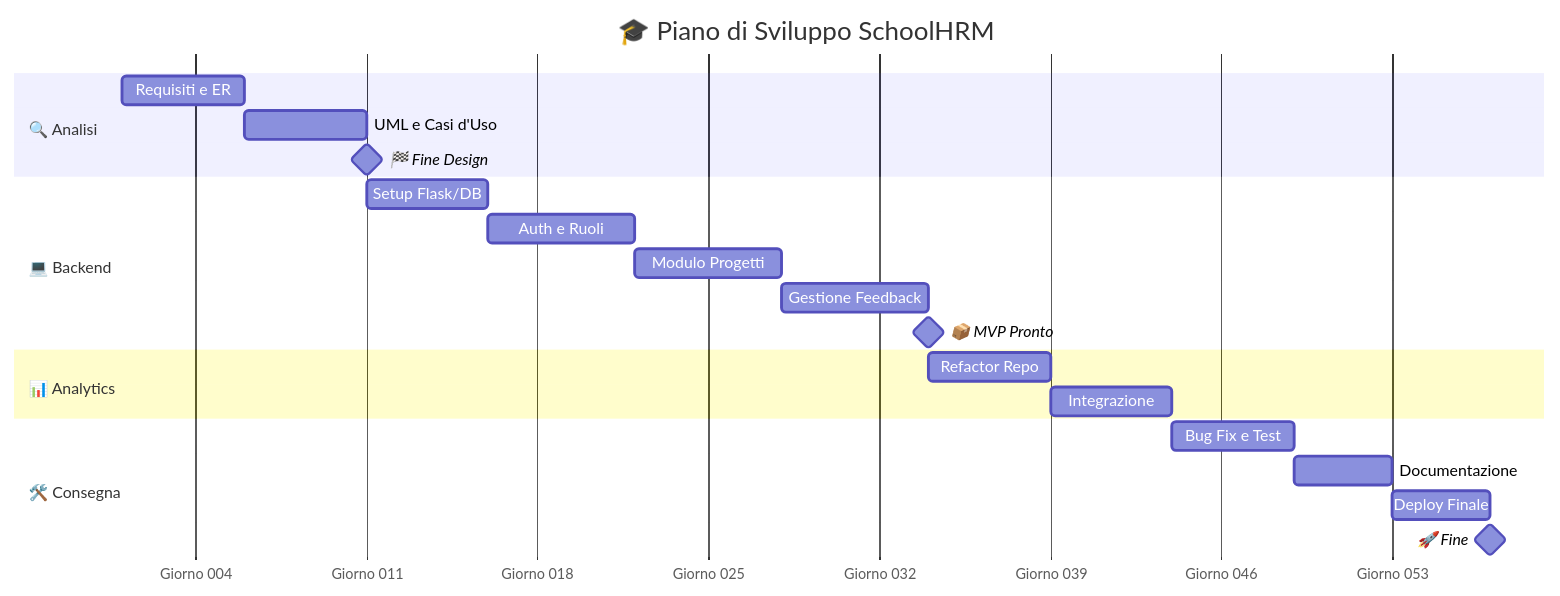
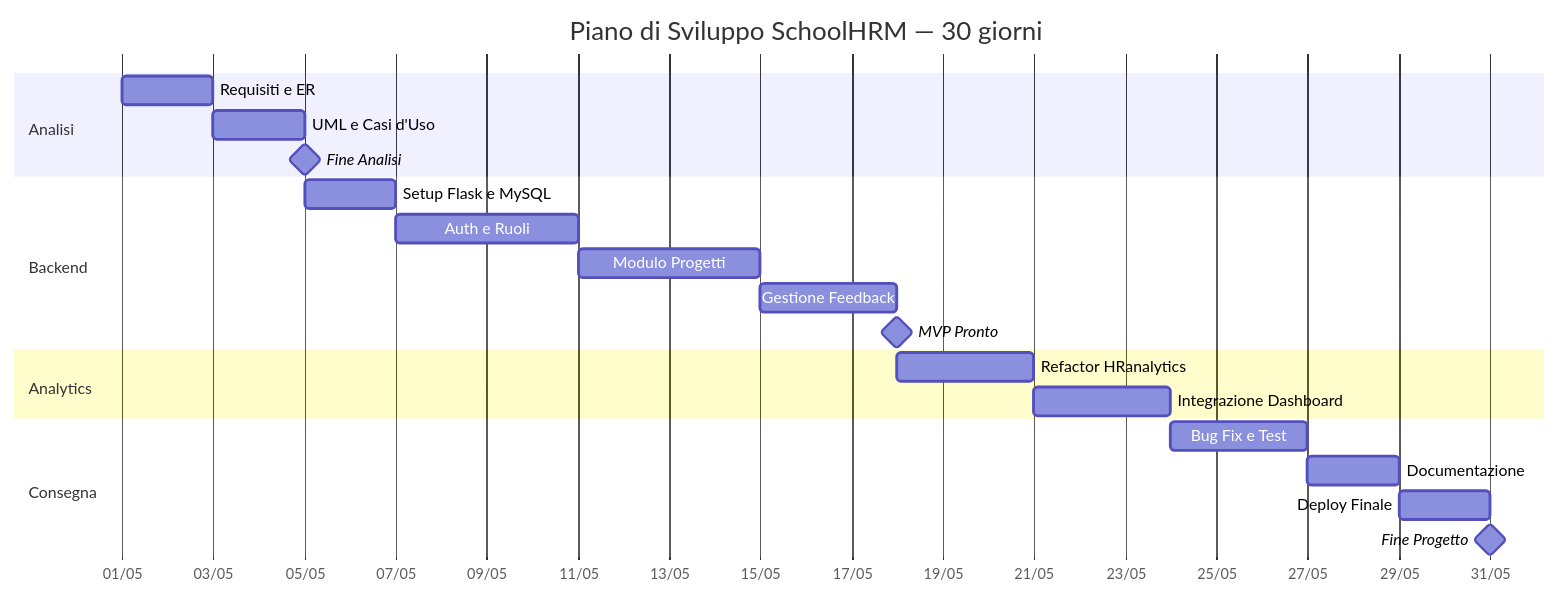
Before and after one commit to KamilIbragimov/Progetto_Di_Fine_Anno-2026: the diagram in Documento_dei_requisiti.md, drawn with Mermaid. The commit also changed other lines of this file, not shown here.

````diff
--- a/Documento_dei_requisiti.md
+++ b/Documento_dei_requisiti.md
@@ -192,28 +192,28 @@
 ```mermaid
 gantt
     dateFormat  YYYY-MM-DD
-    title 🎓 Piano di Sviluppo SchoolHRM
-    axisFormat Giorno %j
+    title Piano di Sviluppo SchoolHRM — 30 giorni
+    axisFormat %d/%m
 
-    section 🔍 Analisi
-    Requisiti e ER          :a1, 2026-01-01, 5d
-    UML e Casi d'Uso        :a2, after a1, 5d
-    🏁 Fine Design          :milestone, after a2, 0d
+    section Analisi
+    Requisiti e ER          :a1, 2026-05-01, 2d
+    UML e Casi d'Uso        :a2, 2026-05-03, 2d
+    Fine Analisi            :milestone, 2026-05-05, 0d
 
-    section 💻 Backend
-    Setup Flask/DB          :b0, after a2, 5d
-    Auth e Ruoli            :b1, after b0, 6d
-    Modulo Progetti         :b2, after b1, 6d
-    Gestione Feedback       :b3, after b2, 6d
-    📦 MVP Pronto           :milestone, after b3, 0d
+    section Backend
+    Setup Flask e MySQL     :b0, 2026-05-05, 2d
+    Auth e Ruoli            :b1, 2026-05-07, 4d
+    Modulo Progetti         :b2, 2026-05-11, 4d
+    Gestione Feedback       :b3, 2026-05-15, 3d
+    MVP Pronto              :milestone, 2026-05-18, 0d
 
-    section 📊 Analytics
-    Refactor Repo           :h1, after b3, 5d
-    Integrazione            :h2, after h1, 5d
+    section Analytics
+    Refactor HRanalytics    :h1, 2026-05-18, 3d
+    Integrazione Dashboard  :h2, 2026-05-21, 3d
 
-    section 🛠️ Consegna
-    Bug Fix e Test          :c1, after h2, 5d
-    Documentazione          :c2, after c1, 4d
-    Deploy Finale           :d1, after c2, 4d
-    🚀 Fine                 :milestone, after d1, 0d
+    section Consegna
+    Bug Fix e Test          :c1, 2026-05-24, 3d
+    Documentazione          :c2, 2026-05-27, 2d
+    Deploy Finale           :d1, 2026-05-29, 2d
+    Fine Progetto           :milestone, 2026-05-31, 0d
 ```
````
